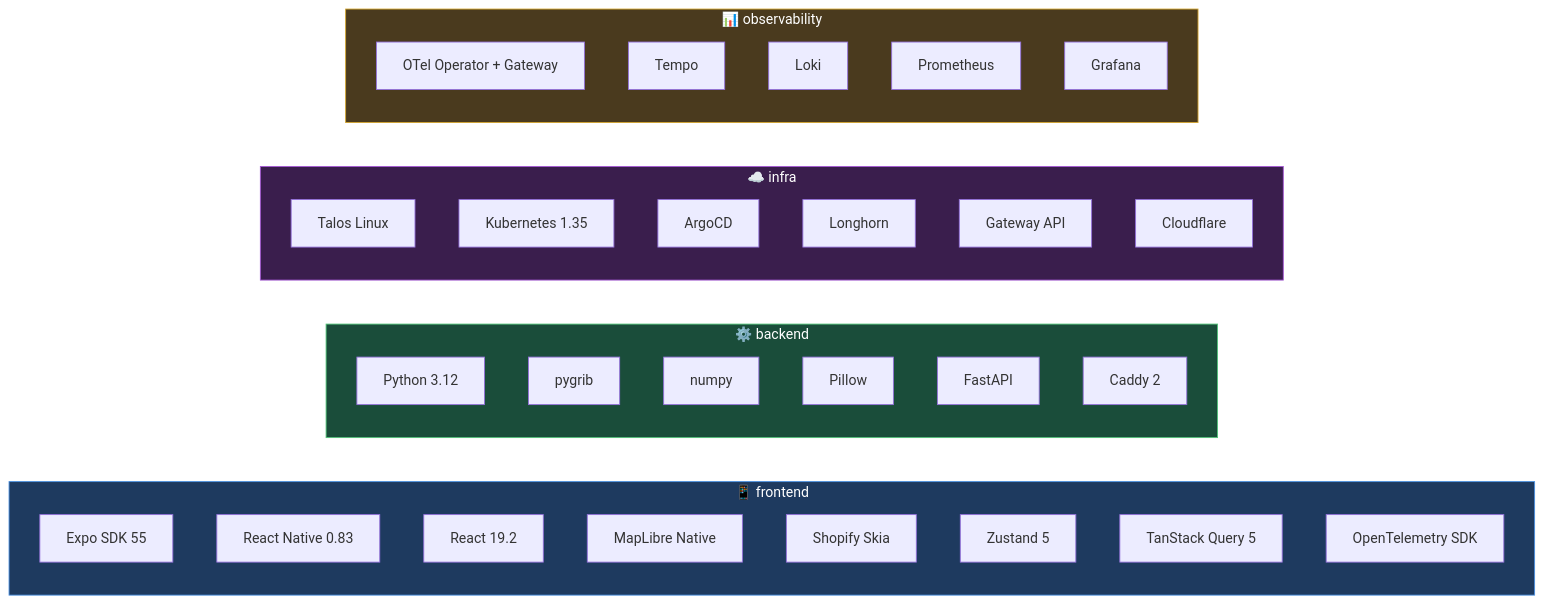
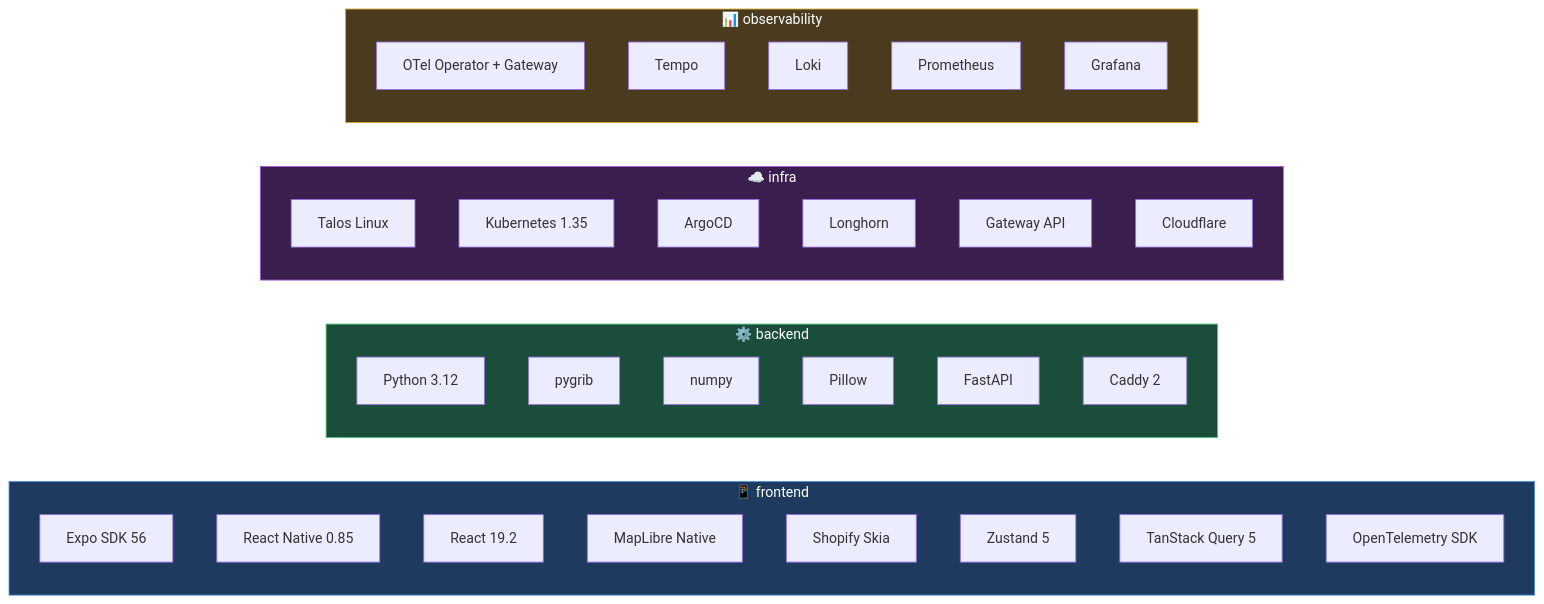
The seventh of 7 diagrams in README.md (mitchross/radar-ng), drawn with Mermaid before and after one commit. The commit also changed other lines of this file and 6 other files, not shown here.

````diff
--- a/README.md
+++ b/README.md
@@ -640,41 +599,41 @@
 ```mermaid
 flowchart LR
     subgraph FE["📱 frontend"]
-        EX[Expo SDK 55]
-        RN[React Native 0.83]
+        EX[Expo SDK 56]
+        RN[React Native 0.85]
         R[React 19.2]
         ML[MapLibre Native]
         SK[Shopify Skia]
         Z[Zustand 5]
         TQ[TanStack Query 5]
         OT[OpenTelemetry SDK]
     end
     subgraph BE["⚙️ backend"]
         PY[Python 3.12]
         PG[pygrib]
         NP[numpy]
         PIL[Pillow]
         FA[FastAPI]
         CD[Caddy 2]
     end
     subgraph INF["☁️ infra"]
         TLOS[Talos Linux]
         K8S[Kubernetes 1.35]
         AC[ArgoCD]
         LH[Longhorn]
         GW[Gateway API]
         CF[Cloudflare]
     end
     subgraph OBS["📊 observability"]
         OTE[OTel Operator + Gateway]
         TM[Tempo]
         LK[Loki]
         PR[Prometheus]
         GR[Grafana]
     end
 
     style FE fill:#1e3a5f,stroke:#4a90e2,color:#fff
     style BE fill:#1a4d3a,stroke:#52c47a,color:#fff
     style INF fill:#3a1e4d,stroke:#a456d4,color:#fff
     style OBS fill:#4a3a1e,stroke:#d4a52e,color:#fff
 ```
````
